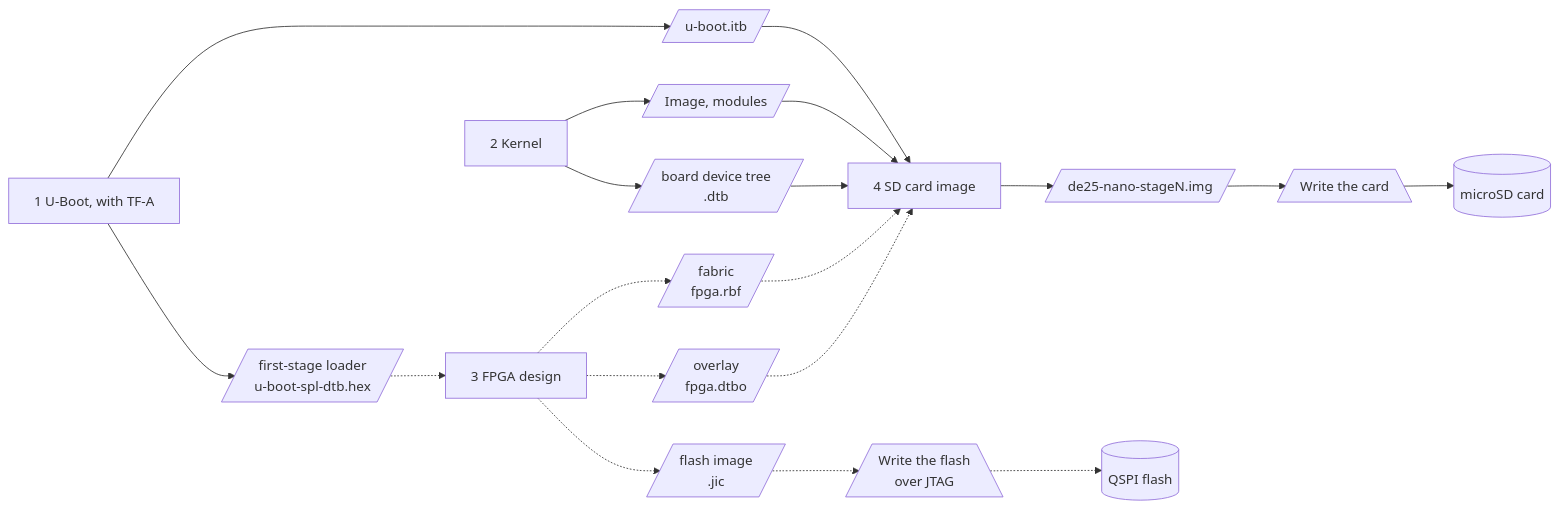
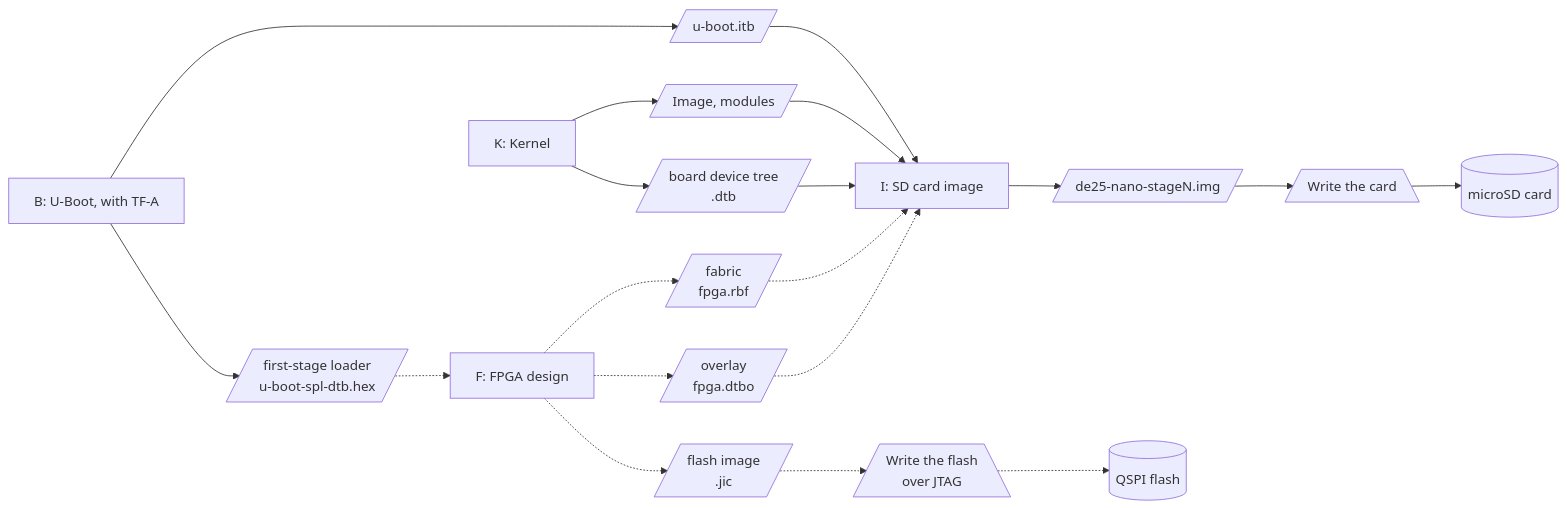
One commit to jclark/de25-nano-debian changed the diagram in README.md. Above: the diagram before and after it, drawn with Mermaid. The commit also changed other lines of this file and 11 other files, not shown here.

First line of the commit message:
Call the four builds tasks, with letters: B (U-Boot), K (kernel), F (FPGA design), I (image)

````diff
--- a/README.md
+++ b/README.md
@@ -37,27 +37,27 @@
 ```mermaid
 flowchart LR
-  P1["1 U-Boot, with TF-A"]
-  P2["2 Kernel"]
-  P3["3 FPGA design"]
-  P4["4 SD card image"]
+  P1["B: U-Boot, with TF-A"]
+  P2["K: Kernel"]
+  P3["F: FPGA design"]
+  P4["I: SD card image"]
   itb[/"u-boot.itb"/]
   spl[/"first-stage loader<br/>u-boot-spl-dtb.hex"/]
   kern[/"Image, modules"/]
   dtb[/"board device tree<br/>.dtb"/]
   rbf[/"fabric<br/>fpga.rbf"/]
   dtbo[/"overlay<br/>fpga.dtbo"/]
   jic[/"flash image<br/>.jic"/]
   img[/"de25-nano-stageN.img"/]
   wc[/"Write the card"\]
   wf[/"Write the flash<br/>over JTAG"\]
   sd[("microSD card")]
   qspi[("QSPI flash")]
   P1 --> itb --> P4
   P1 --> spl -.-> P3
   P2 --> kern --> P4
   P2 --> dtb --> P4
   P3 -.-> rbf -.-> P4
   P3 -.-> dtbo -.-> P4
   P3 -.-> jic -.-> wf -.-> qspi
   P4 --> img --> wc --> sd
 ```
````
